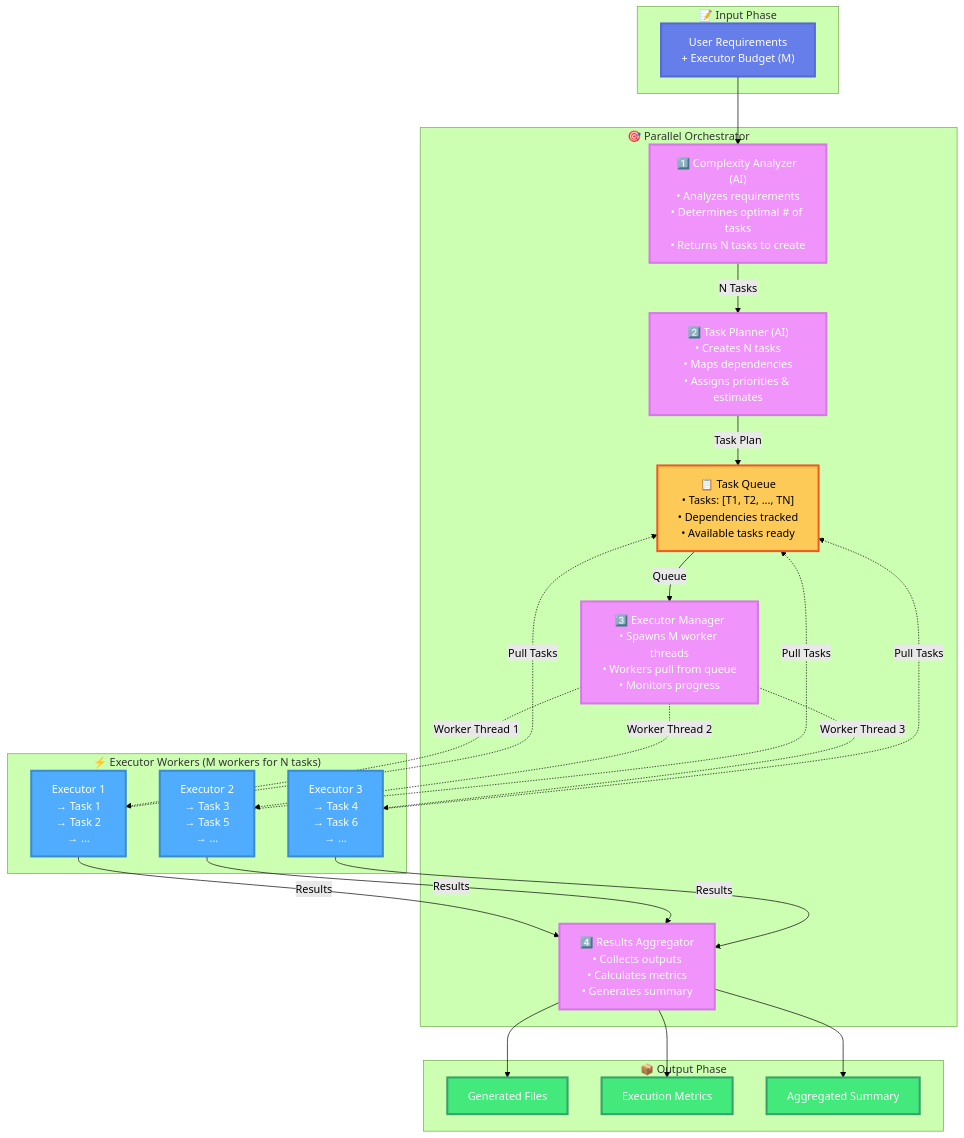
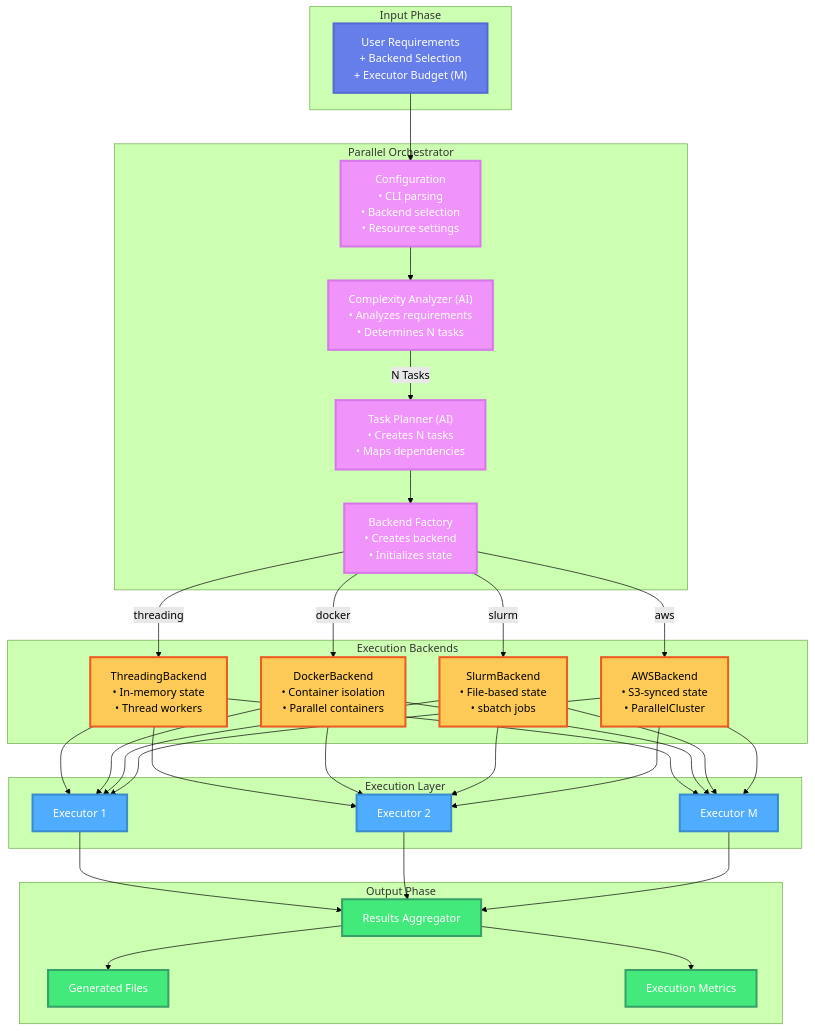
The first of 12 diagrams in docs/parallel-orchestrator-architecture.md (blackjackptit/factory-agentic-dev), drawn with Mermaid (forest theme) before and after one commit. The commit also changed other lines of this file and 30 other files, not shown here.

````diff
--- a/docs/parallel-orchestrator-architecture.md
+++ b/docs/parallel-orchestrator-architecture.md
@@ -9,59 +9,77 @@
 ```mermaid
 graph TB
-    subgraph Input["📝 Input Phase"]
-        REQ["User Requirements<br/>+ Executor Budget (M)"]
+    subgraph Input["Input Phase"]
+        REQ["User Requirements<br/>+ Backend Selection<br/>+ Executor Budget (M)"]
     end
 
-    subgraph Orchestrator["🎯 Parallel Orchestrator"]
-        CA["1️⃣ Complexity Analyzer (AI)<br/>• Analyzes requirements<br/>• Determines optimal # of tasks<br/>• Returns N tasks to create"]
-        TP["2️⃣ Task Planner (AI)<br/>• Creates N tasks<br/>• Maps dependencies<br/>• Assigns priorities & estimates"]
-        TQ["📋 Task Queue<br/>• Tasks: [T1, T2, ..., TN]<br/>• Dependencies tracked<br/>• Available tasks ready"]
-        PEM["3️⃣ Executor Manager<br/>• Spawns M worker threads<br/>• Workers pull from queue<br/>• Monitors progress"]
-        RA["4️⃣ Results Aggregator<br/>• Collects outputs<br/>• Calculates metrics<br/>• Generates summary"]
+    subgraph Orchestrator["Parallel Orchestrator"]
+        CONFIG["Configuration<br/>• CLI parsing<br/>• Backend selection<br/>• Resource settings"]
+        CA["Complexity Analyzer (AI)<br/>• Analyzes requirements<br/>• Determines N tasks"]
+        TP["Task Planner (AI)<br/>• Creates N tasks<br/>• Maps dependencies"]
+        BF["Backend Factory<br/>• Creates backend<br/>• Initializes state"]
     end
 
-    subgraph Executors["⚡ Executor Workers (M workers for N tasks)"]
-        E1["Executor 1<br/>→ Task 1<br/>→ Task 2<br/>→ ..."]
-        E2["Executor 2<br/>→ Task 3<br/>→ Task 5<br/>→ ..."]
-        E3["Executor 3<br/>→ Task 4<br/>→ Task 6<br/>→ ..."]
+    subgraph Backends["Execution Backends"]
+        TB["ThreadingBackend<br/>• In-memory state<br/>• Thread workers"]
+        DB["DockerBackend<br/>• Container isolation<br/>• Parallel containers"]
+        SB["SlurmBackend<br/>• File-based state<br/>• sbatch jobs"]
+        AB["AWSBackend<br/>• S3-synced state<br/>• ParallelCluster"]
     end
 
-    subgraph Output["📦 Output Phase"]
+    subgraph Execution["Execution Layer"]
+        E1["Executor 1"]
+        E2["Executor 2"]
+        E3["Executor M"]
+    end
+
+    subgraph Output["Output Phase"]
+        RA["Results Aggregator"]
         FILES["Generated Files"]
         METRICS["Execution Metrics"]
-        SUMMARY["Aggregated Summary"]
     end
 
-    REQ --> CA
+    REQ --> CONFIG
+    CONFIG --> CA
     CA -->|N Tasks| TP
-    TP -->|Task Plan| TQ
-    TQ -->|Queue| PEM
+    TP --> BF
 
-    PEM -.->|Worker Thread 1| E1
-    PEM -.->|Worker Thread 2| E2
-    PEM -.->|Worker Thread 3| E3
+    BF -->|threading| TB
+    BF -->|docker| DB
+    BF -->|slurm| SB
+    BF -->|aws| AB
 
-    E1 -.->|Pull Tasks| TQ
-    E2 -.->|Pull Tasks| TQ
-    E3 -.->|Pull Tasks| TQ
+    TB --> E1
+    TB --> E2
+    TB --> E3
 
-    E1 -->|Results| RA
-    E2 -->|Results| RA
-    E3 -->|Results| RA
+    DB --> E1
+    DB --> E2
+    DB --> E3
+
+    SB --> E1
+    SB --> E2
+    SB --> E3
+
+    AB --> E1
+    AB --> E2
+    AB --> E3
+
+    E1 --> RA
+    E2 --> RA
+    E3 --> RA
 
     RA --> FILES
     RA --> METRICS
-    RA --> SUMMARY
 
     classDef inputClass fill:#667eea,stroke:#5568d3,stroke-width:3px,color:#fff
     classDef orchestratorClass fill:#f093fb,stroke:#d678e8,stroke-width:3px,color:#fff
-    classDef queueClass fill:#feca57,stroke:#ee5a24,stroke-width:3px,color:#000
+    classDef backendClass fill:#feca57,stroke:#ee5a24,stroke-width:3px,color:#000
     classDef executorClass fill:#4facfe,stroke:#3b8ccc,stroke-width:3px,color:#fff
     classDef outputClass fill:#43e97b,stroke:#38a169,stroke-width:3px,color:#fff
 
     class REQ inputClass
-    class CA,TP,PEM,RA orchestratorClass
-    class TQ queueClass
+    class CONFIG,CA,TP,BF orchestratorClass
+    class TB,DB,SB,AB backendClass
     class E1,E2,E3 executorClass
-    class FILES,METRICS,SUMMARY outputClass
+    class RA,FILES,METRICS outputClass
 ```
````
